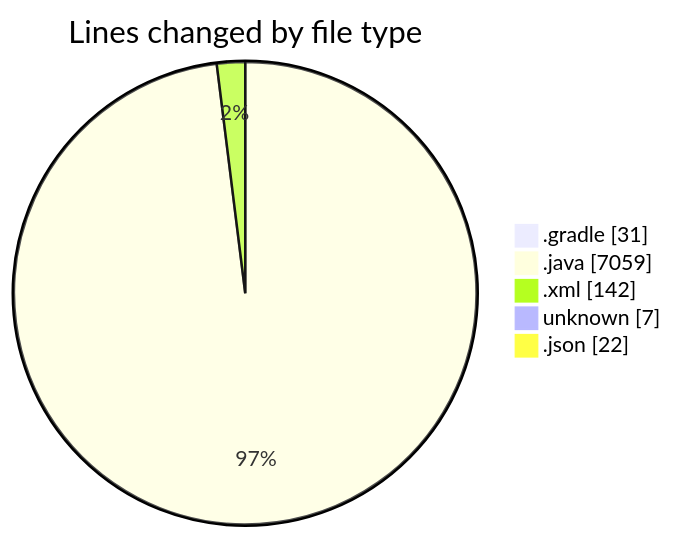
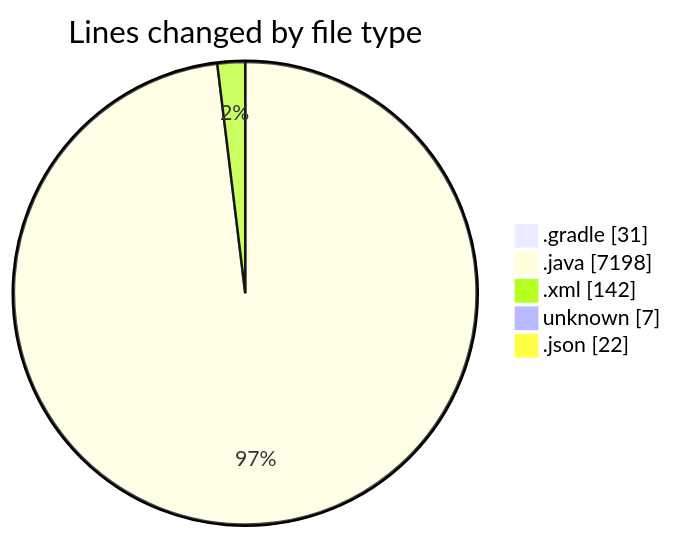
The first of 2 diagrams in 2025-02-21/micros/README.md (charlie-sans/code-tracking), drawn with Mermaid before and after one commit. The commit also changed other lines of this file and 1 other file, not shown here.

````diff
--- a/2025-02-21/micros/README.md
+++ b/2025-02-21/micros/README.md
@@ -50,9 +51,9 @@
 ```mermaid
 pie showData
 title Lines changed by file type
 ".gradle" : 31
-".java" : 7059
+".java" : 7198
 ".xml" : 142
 "unknown" : 7
 ".json" : 22
 ```
````
